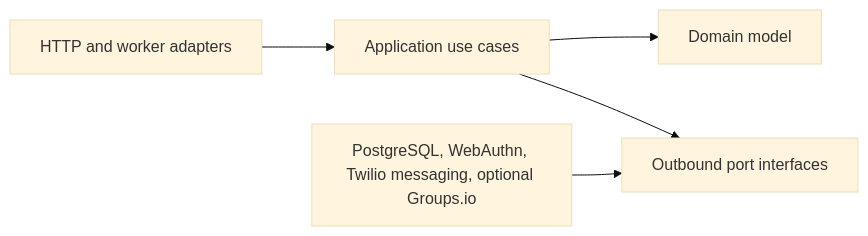
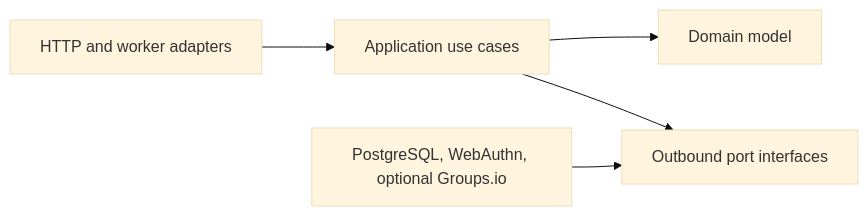
Before and after one commit to BennettSmith/T900TreeLot: the second of 2 diagrams in docs/architecture.md, drawn with Mermaid (base theme). The commit also changed other lines of this file and 16 other files, not shown here.

````diff
--- a/docs/architecture.md
+++ b/docs/architecture.md
@@ -147,7 +145,7 @@
 ```mermaid
 flowchart LR
     Inbound[HTTP and worker adapters] --> Application[Application use cases]
     Application --> Domain[Domain model]
     Application --> Ports[Outbound port interfaces]
-    Adapters[PostgreSQL, WebAuthn, Twilio messaging, optional Groups.io] --> Ports
+    Adapters[PostgreSQL, WebAuthn, optional Groups.io] --> Ports
 ```
````
